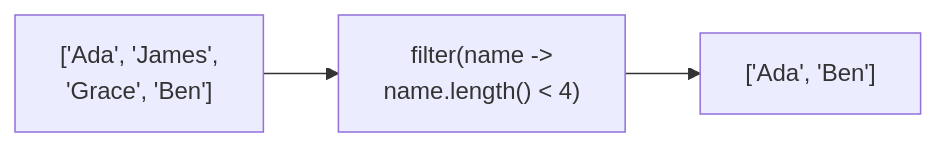
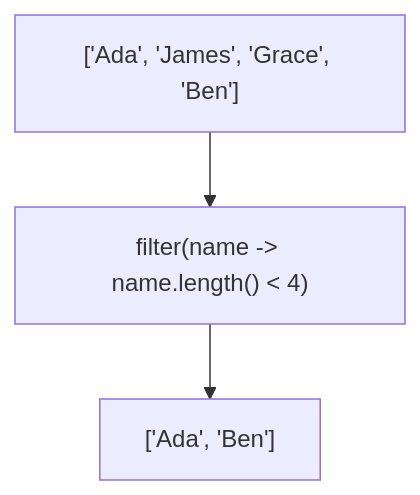
The first of 2 diagrams in materials/streams.md (hh-programming-2/lessons), drawn with Mermaid before and after one commit. The commit also changed other lines of this file, not shown here.

Commit message:
Update flowchart syntax in streams.md

````diff
--- a/materials/streams.md
+++ b/materials/streams.md
@@ -85,5 +85,5 @@
 ```mermaid
-flowchart LR
-    A["['Ada', 'James',<br/>'Grace', 'Ben']"] --> B["filter(name -><br/>name.length() < 4)"]
+flowchart TB
+    A["['Ada', 'James', 'Grace', 'Ben']"] --> B["filter(name -> name.length() < 4)"]
     B --> C["['Ada', 'Ben']"]
 ```
````
